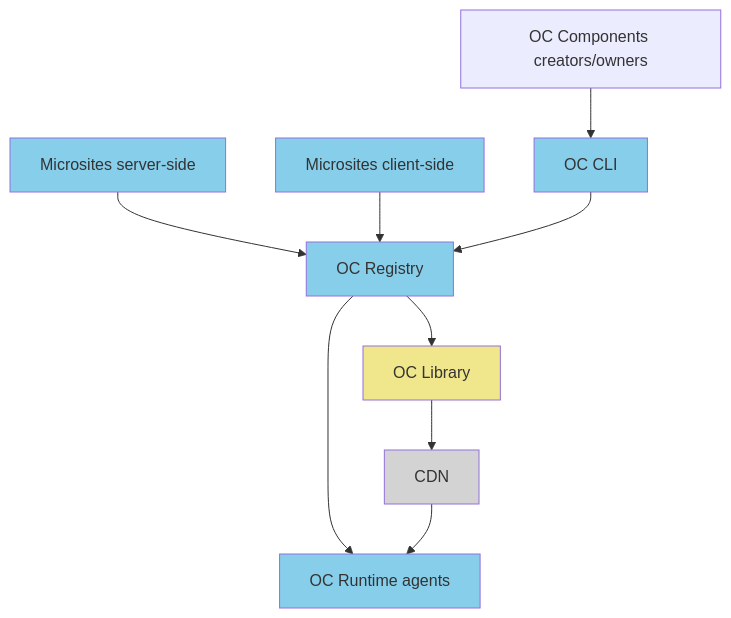
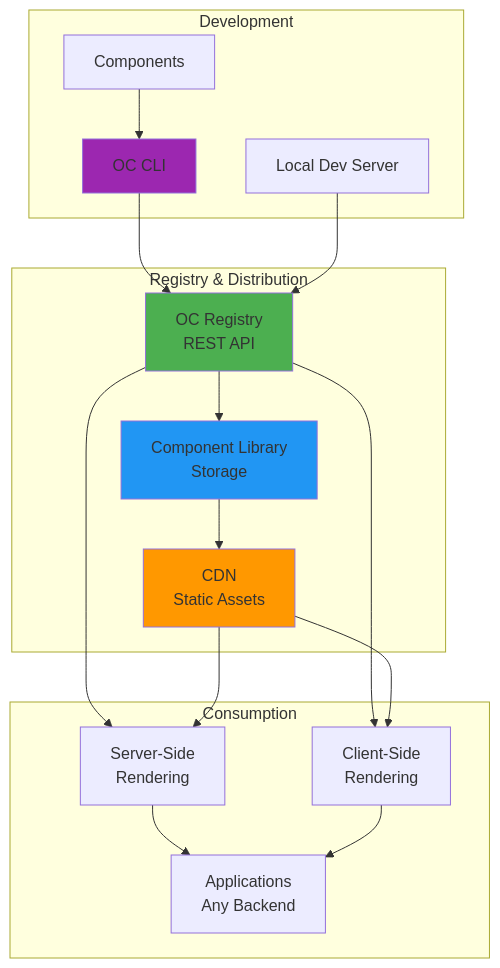
Before and after one commit to opencomponents/opencomponents.github.io: the diagram in website/docs/concepts/architecture-overview.md, drawn with Mermaid. The commit also changed other lines of this file and 6 other files, not shown here.

````diff
--- a/website/docs/concepts/architecture-overview.md
+++ b/website/docs/concepts/architecture-overview.md
@@ -54,21 +102,40 @@
 ```mermaid
-graph TD
-    A[Microsites server-side] --> D[OC Registry]
-    B[Microsites client-side] --> D
-    C[OC CLI] --> D
-    E[OC Components creators/owners] --> C
-
-    D --> F[OC Library]
-    D --> G[OC Runtime agents]
-
-    F --> H[CDN]
-    H --> G
-
-    style A fill:#87CEEB
-    style B fill:#87CEEB
-    style C fill:#87CEEB
-    style D fill:#87CEEB
-    style F fill:#F0E68C
-    style G fill:#87CEEB
-    style H fill:#D3D3D3
+graph TB
+    subgraph "Development"
+        CLI[OC CLI]
+        DEV[Local Dev Server]
+        COMP[Components]
+    end
+    
+    subgraph "Registry & Distribution"
+        REG[OC Registry<br/>REST API]
+        LIB[Component Library<br/>Storage]
+        CDN[CDN<br/>Static Assets]
+    end
+    
+    subgraph "Consumption"
+        SSR[Server-Side<br/>Rendering]
+        CSR[Client-Side<br/>Rendering]
+        APPS[Applications<br/>Any Backend]
+    end
+    
+    CLI --> REG
+    DEV --> REG
+    COMP --> CLI
+    
+    REG --> LIB
+    LIB --> CDN
+    
+    REG --> SSR
+    REG --> CSR
+    CDN --> SSR
+    CDN --> CSR
+    
+    SSR --> APPS
+    CSR --> APPS
+    
+    style REG fill:#4CAF50
+    style LIB fill:#2196F3
+    style CDN fill:#FF9800
+    style CLI fill:#9C27B0
 ```
````
